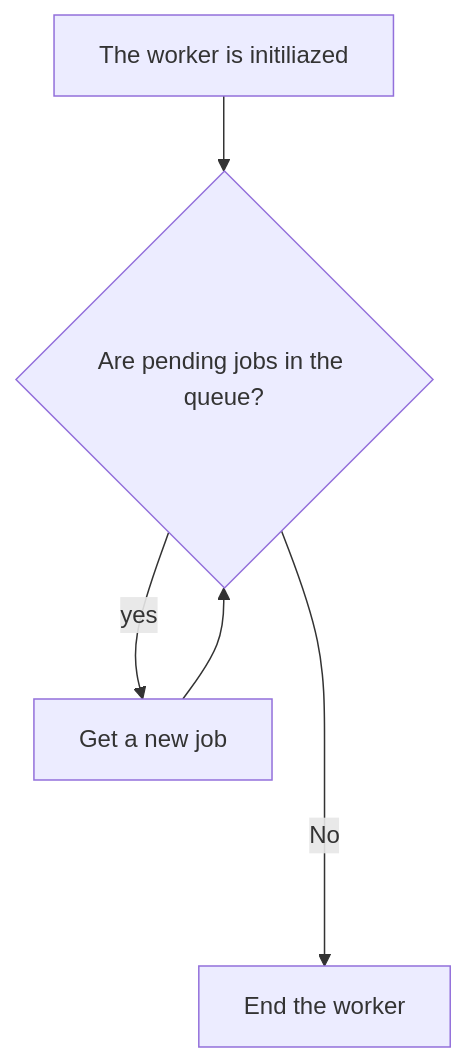
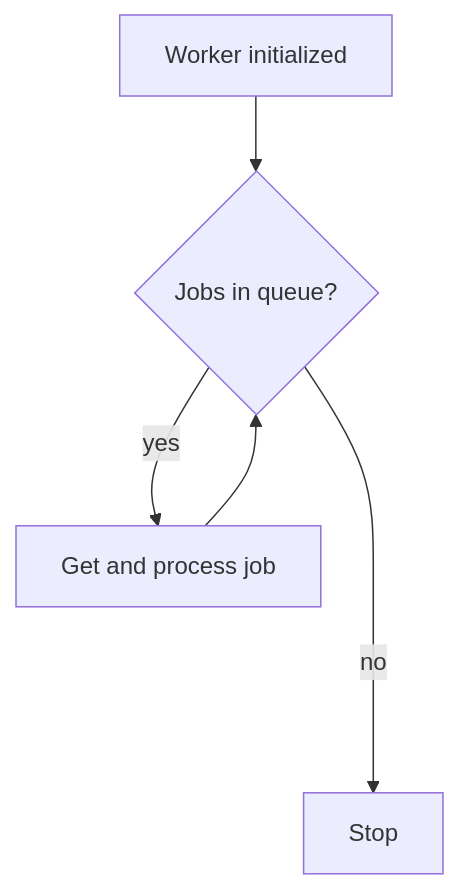
Before and after one commit to EduardoZepeda/coffee-bytes-hugo: the fourth of 5 diagrams in content/posts/software-architecture/el-patron-de-diseno-worker-pool-aprovechando-la-concurrencia-en-go/index.en.md, drawn with Mermaid. The commit also changed other lines of this file and 3 other files, not shown here.

````diff
--- a/content/posts/software-architecture/el-patron-de-diseno-worker-pool-aprovechando-la-concurrencia-en-go/index.en.md
+++ b/content/posts/software-architecture/el-patron-de-diseno-worker-pool-aprovechando-la-concurrencia-en-go/index.en.md
@@ -114,7 +112,7 @@
-``` mermaid
+```mermaid
 flowchart TD
-    A[The worker is initiliazed] --> B{Are pending jobs in the queue?}
-    B -->|yes| C[Get a new job]
+    A[Worker initialized] --> B{Jobs in queue?}
+    B -->|yes| C[Get and process job]
     C --> B
-    B ---->|No| E[End the worker]
+    B ---->|no| E[Stop]
 ```
````
